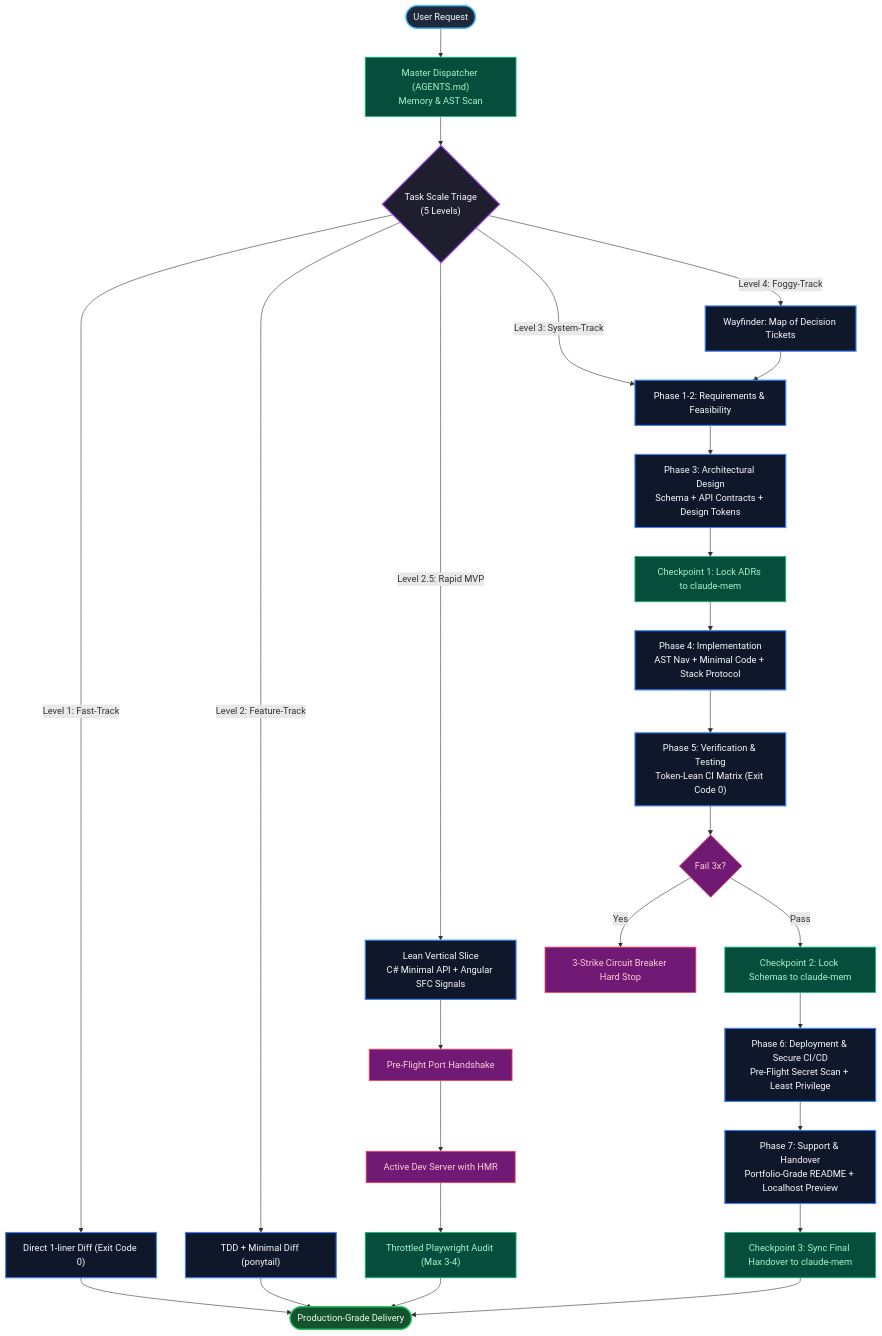
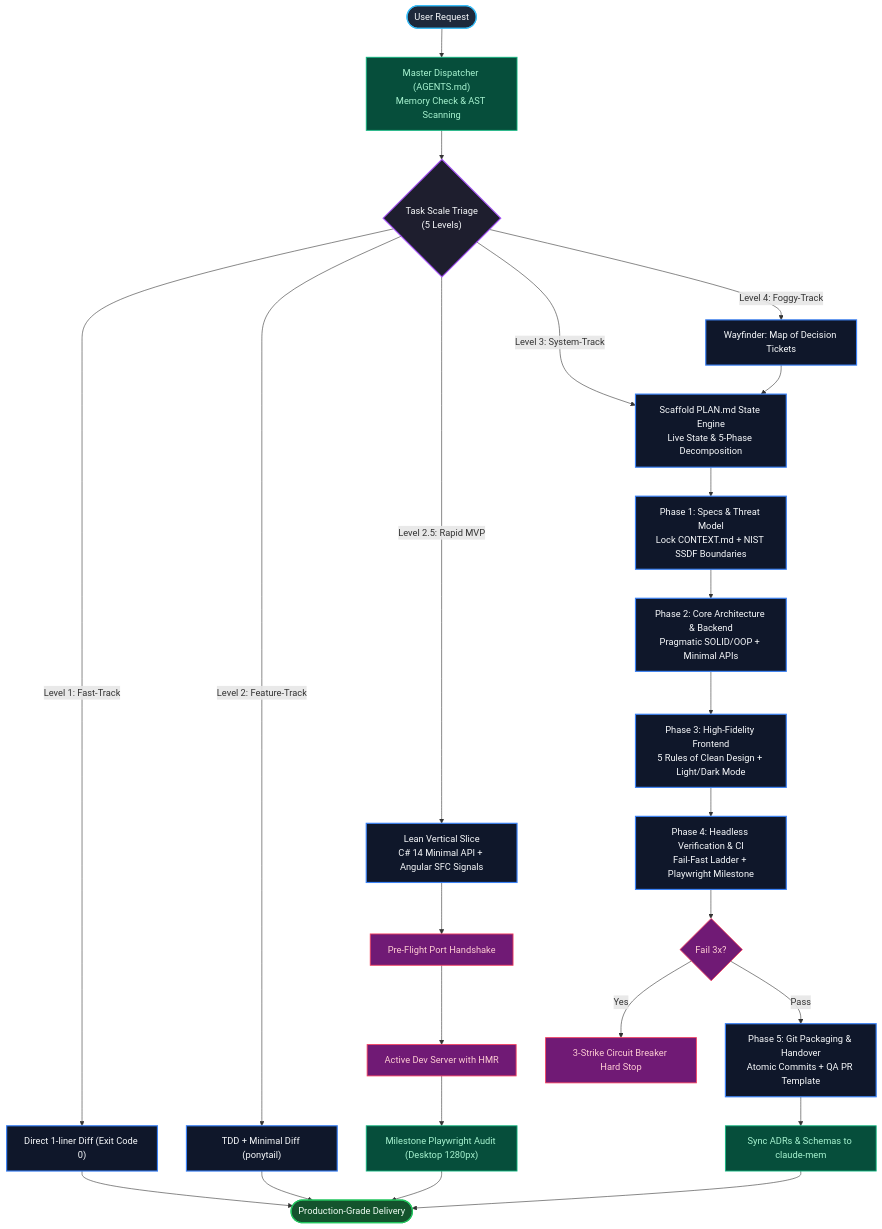
The diagram in README.md (ZillerDX/waterfall-sdlc-skill), drawn with Mermaid before and after one commit. The commit also changed other lines of this file and 6 other files, not shown here.

````diff
--- a/README.md
+++ b/README.md
@@ -95,41 +104,38 @@
 ```mermaid
 flowchart TD
-    %% Styling
     classDef startNode fill:#1e293b,stroke:#38bdf8,stroke-width:2px,color:#f8fafc;
     classDef triageNode fill:#1e1e2e,stroke:#a855f7,stroke-width:2px,color:#f8fafc;
     classDef gateNode fill:#0f172a,stroke:#3b82f6,stroke-width:2px,color:#f8fafc;
     classDef skillNode fill:#064e3b,stroke:#10b981,stroke-width:1.5px,color:#a7f3d0;
     classDef guardNode fill:#701a75,stroke:#f43f5e,stroke-width:1.5px,color:#fecdd3;
     classDef endNode fill:#14532d,stroke:#22c55e,stroke-width:2px,color:#f0fdf4;
 
-    Start(["User Request"]):::startNode --> Dispatcher["Master Dispatcher (AGENTS.md)<br>Memory & AST Scan"]:::skillNode
+    Start(["User Request"]):::startNode --> Dispatcher["Master Dispatcher (AGENTS.md)<br>Memory Check & AST Scanning"]:::skillNode
     
     Dispatcher --> Triage{"Task Scale Triage<br>(5 Levels)"}:::triageNode
 
     Triage -- "Level 1: Fast-Track" --> L1["Direct 1-liner Diff (Exit Code 0)"]:::gateNode --> Complete
     Triage -- "Level 2: Feature-Track" --> L2["TDD + Minimal Diff (ponytail)"]:::gateNode --> Complete
     
-    Triage -- "Level 2.5: Rapid MVP" --> MVP["Lean Vertical Slice<br>C# Minimal API + Angular SFC Signals"]:::gateNode
+    Triage -- "Level 2.5: Rapid MVP" --> MVP["Lean Vertical Slice<br>C# 14 Minimal API + Angular SFC Signals"]:::gateNode
     MVP --> PrePort["Pre-Flight Port Handshake"]:::guardNode
     PrePort --> HMR["Active Dev Server with HMR"]:::guardNode
-    HMR --> MVP_Done["Throttled Playwright Audit (Max 3-4)"]:::skillNode --> Complete
+    HMR --> MVP_Done["Milestone Playwright Audit (Desktop 1280px)"]:::skillNode --> Complete
 
-    Triage -- "Level 3: System-Track" --> G12["Phase 1-2: Requirements & Feasibility"]:::gateNode
-    G12 --> G3["Phase 3: Architectural Design<br>Schema + API Contracts + Design Tokens"]:::gateNode
-    G3 --> CP1["Checkpoint 1: Lock ADRs to claude-mem"]:::skillNode
+    Triage -- "Level 3: System-Track" --> PlanInit["Scaffold PLAN.md State Engine<br>Live State & 5-Phase Decomposition"]:::gateNode
     
-    CP1 --> G4["Phase 4: Implementation<br>AST Nav + Minimal Code + Stack Protocol"]:::gateNode
-    G4 --> G5["Phase 5: Verification & Testing<br>Token-Lean CI Matrix (Exit Code 0)"]:::gateNode
+    PlanInit --> P1["Phase 1: Specs & Threat Model<br>Lock CONTEXT.md + NIST SSDF Boundaries"]:::gateNode
+    P1 --> P2["Phase 2: Core Architecture & Backend<br>Pragmatic SOLID/OOP + Minimal APIs"]:::gateNode
+    P2 --> P3["Phase 3: High-Fidelity Frontend<br>5 Rules of Clean Design + Light/Dark Mode"]:::gateNode
+    P3 --> P4["Phase 4: Headless Verification & CI<br>Fail-Fast Ladder + Playwright Milestone"]:::gateNode
     
-    G5 --> CB{"Fail 3x?"}:::guardNode
+    P4 --> CB{"Fail 3x?"}:::guardNode
     CB -- Yes --> Stop["3-Strike Circuit Breaker Hard Stop"]:::guardNode
-    CB -- Pass --> CP2["Checkpoint 2: Lock Schemas to claude-mem"]:::skillNode
+    CB -- Pass --> P5["Phase 5: Git Packaging & Handover<br>Atomic Commits + QA PR Template"]:::gateNode
+    
+    P5 --> CP["Sync ADRs & Schemas to claude-mem"]:::skillNode --> Complete
 
-    CP2 --> G6["Phase 6: Deployment & Secure CI/CD<br>Pre-Flight Secret Scan + Least Privilege"]:::gateNode
-    G6 --> G7["Phase 7: Support & Handover<br>Portfolio-Grade README + Localhost Preview"]:::gateNode
-    G7 --> CP3["Checkpoint 3: Sync Final Handover to claude-mem"]:::skillNode --> Complete
-
-    Triage -- "Level 4: Foggy-Track" --> L4["Wayfinder: Map of Decision Tickets"]:::gateNode --> G12
+    Triage -- "Level 4: Foggy-Track" --> L4["Wayfinder: Map of Decision Tickets"]:::gateNode --> PlanInit
 
     Complete(["Production-Grade Delivery"]):::endNode
 ```
````
